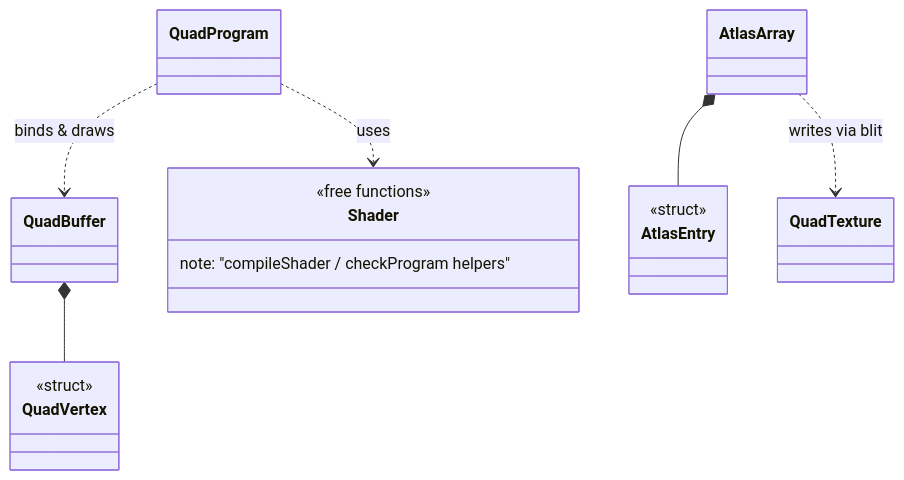
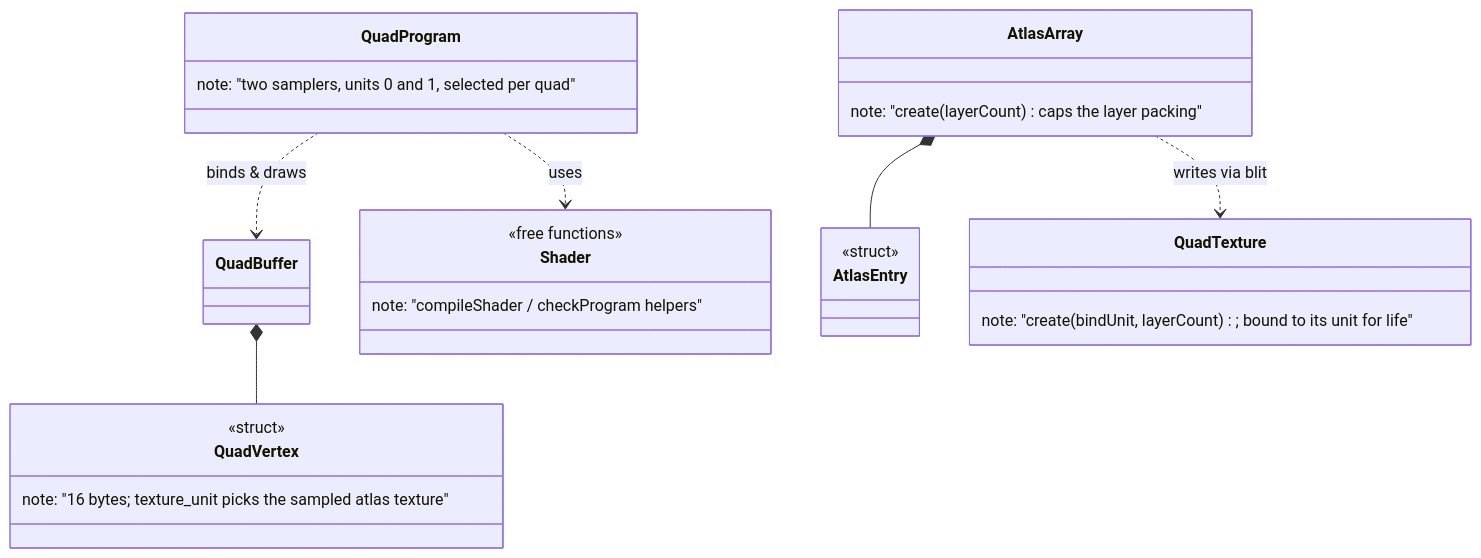
Before and after one commit to notnotme/bbloc: the sixth of 10 diagrams in docs/class_diagram.md, drawn with Mermaid. The commit also changed 13 other files, not shown here.

Commit message:
Route quads through a per-quad texture unit

````diff
--- a/docs/class_diagram.md
+++ b/docs/class_diagram.md
@@ -196,23 +196,30 @@
 ```mermaid
 classDiagram
-    class QuadProgram
+    class QuadProgram {
+        note: "two samplers, units 0 and 1, selected per quad"
+    }
     class QuadBuffer
-    class QuadTexture
-    class AtlasArray
+    class QuadTexture {
+        note: "create(bindUnit, layerCount); bound to its unit for life"
+    }
+    class AtlasArray {
+        note: "create(layerCount) caps the layer packing"
+    }
     class AtlasEntry {
         <<struct>>
     }
     class QuadVertex {
         <<struct>>
+        note: "16 bytes; texture_unit picks the sampled atlas texture"
     }
     class Shader {
         <<free functions>>
         note: "compileShader / checkProgram helpers"
     }
 
     QuadProgram ..> QuadBuffer : binds & draws
     QuadProgram ..> Shader : uses
     QuadBuffer *-- QuadVertex
     AtlasArray *-- AtlasEntry
     AtlasArray ..> QuadTexture : writes via blit
 ```
````
